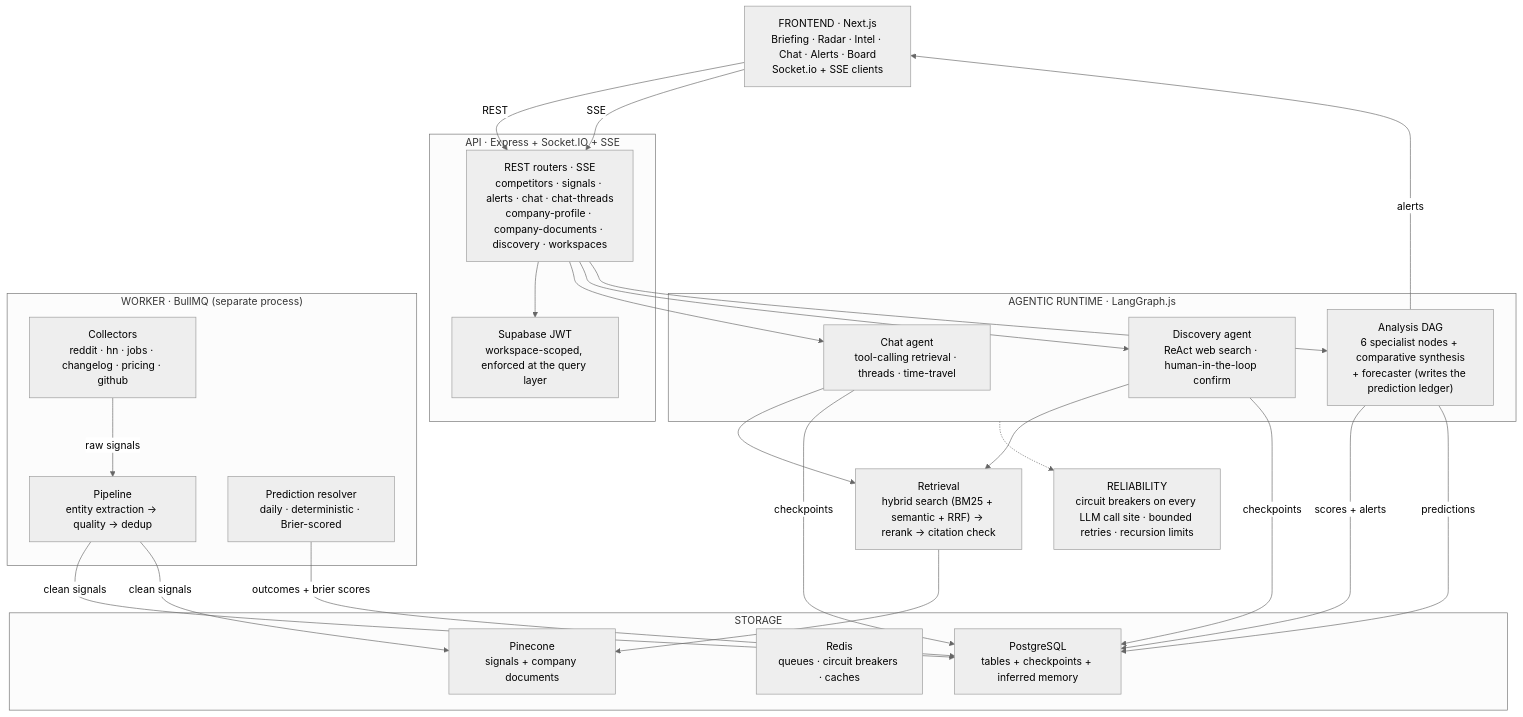
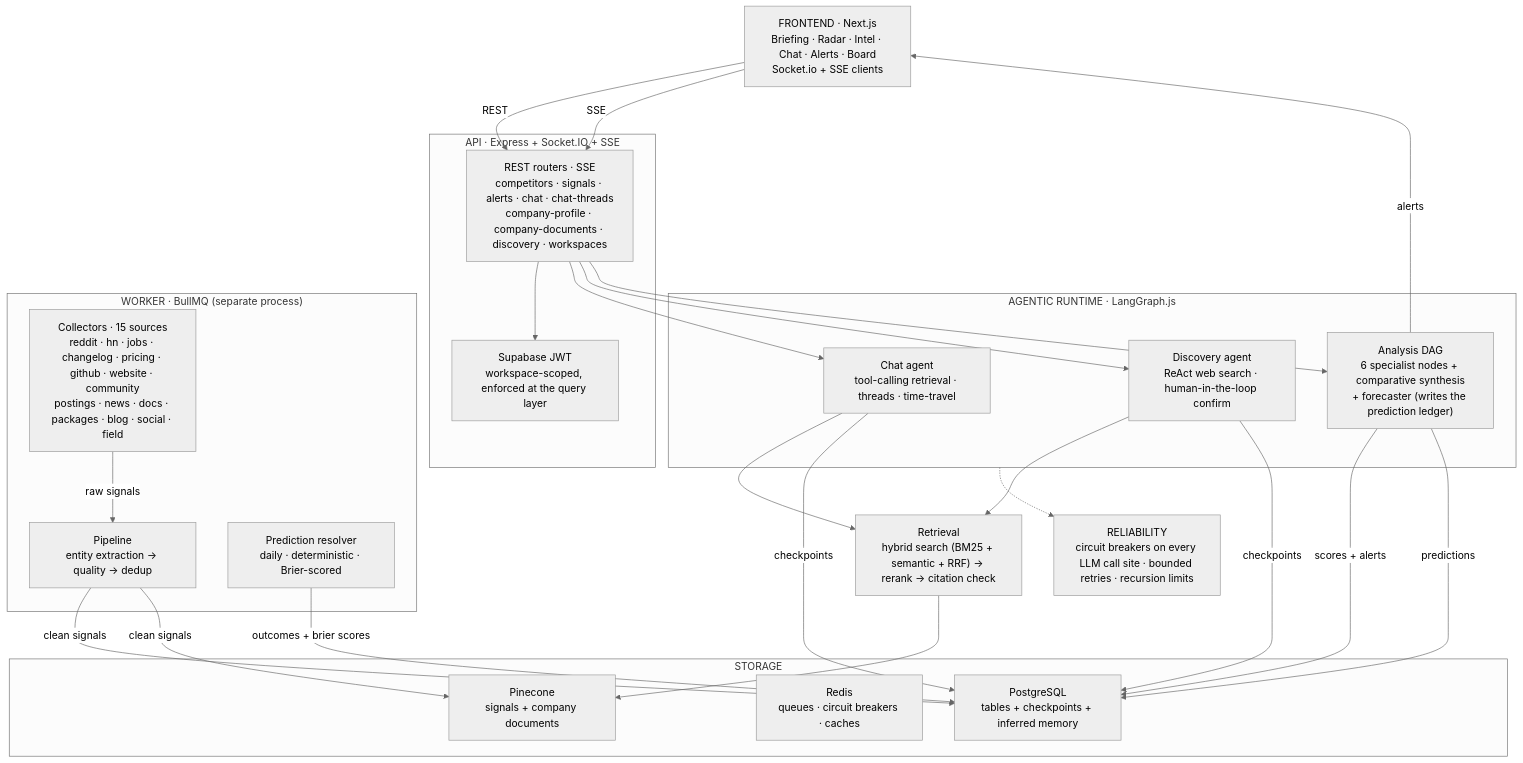
Before and after one commit to niloy-saha-123/Signal: the diagram in README.md, drawn with Mermaid (neutral theme). The commit also changed other lines of this file and 1 other file, not shown here.

Commit message:
docs: document v5 sources, social sources and source config API

````diff
--- a/README.md
+++ b/README.md
@@ -76,51 +76,51 @@
 ```mermaid
 graph TB
     FE["FRONTEND · Next.js<br/>Briefing · Radar · Intel · Chat · Alerts · Board<br/>Socket.io + SSE clients"]
 
     subgraph API["API · Express + Socket.IO + SSE"]
         ROUTES["REST routers · SSE<br/>competitors · signals · alerts · chat · chat-threads<br/>company-profile · company-documents · discovery · workspaces"]
         AUTH["Supabase JWT<br/>workspace-scoped, enforced at the query layer"]
     end
 
     subgraph AGENTS["AGENTIC RUNTIME · LangGraph.js"]
         CHAT["Chat agent<br/>tool-calling retrieval · threads · time-travel"]
         DISC["Discovery agent<br/>ReAct web search · human-in-the-loop confirm"]
         ANAL["Analysis DAG<br/>6 specialist nodes + comparative synthesis<br/>+ forecaster (writes the prediction ledger)"]
     end
 
     subgraph WORKER["WORKER · BullMQ (separate process)"]
-        COLLECT["Collectors<br/>reddit · hn · jobs · changelog · pricing · github"]
+        COLLECT["Collectors · 15 sources<br/>reddit · hn · jobs · changelog · pricing · github · website · community<br/>postings · news · docs · packages · blog · social · field"]
         PIPE["Pipeline<br/>entity extraction → quality → dedup"]
         RESOLVE["Prediction resolver<br/>daily · deterministic · Brier-scored"]
     end
 
     RETRIEVAL["Retrieval<br/>hybrid search (BM25 + semantic + RRF) → rerank → citation check"]
 
     subgraph STORE["STORAGE"]
         PG["PostgreSQL<br/>tables + checkpoints + inferred memory"]
         REDIS["Redis<br/>queues · circuit breakers · caches"]
         PINECONE["Pinecone<br/>signals + company documents"]
     end
 
     REL["RELIABILITY<br/>circuit breakers on every LLM call site · bounded retries · recursion limits"]
 
     FE -->|REST| ROUTES
     FE -->|SSE| ROUTES
     ROUTES --> AUTH
     ROUTES --> CHAT
     ROUTES --> DISC
     ROUTES --> ANAL
     CHAT --> RETRIEVAL
     DISC --> RETRIEVAL
     RETRIEVAL --> PINECONE
     CHAT -->|checkpoints| PG
     DISC -->|checkpoints| PG
     COLLECT -->|raw signals| PIPE
     PIPE -->|clean signals| PG
     PIPE -->|clean signals| PINECONE
     ANAL -->|scores + alerts| PG
     ANAL -->|predictions| PG
     RESOLVE -->|outcomes + brier scores| PG
     ANAL -->|alerts| FE
     AGENTS -.-> REL
 ```
````
